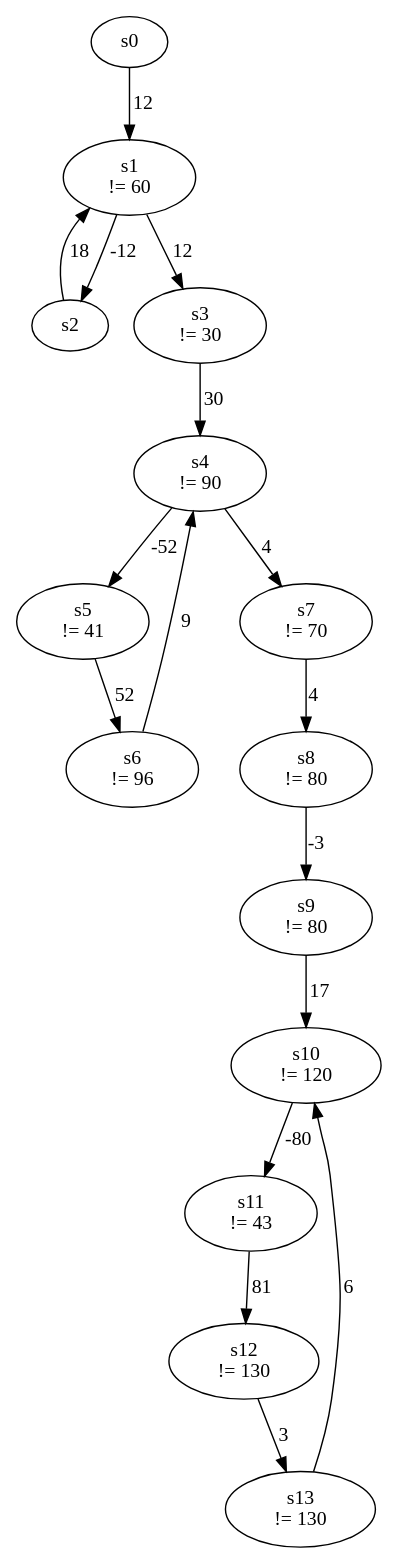
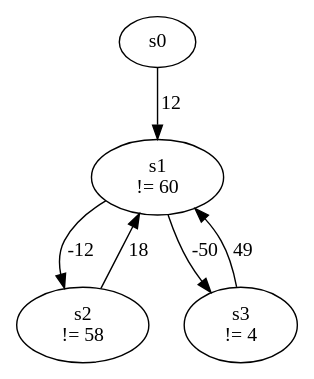
One commit to QuentinDeHaes/Unboundedness-for-1-VASS changed the diagram in dot.dot. Above: the diagram before and after it, drawn with Graphviz. The commit also changed 6 other files, not shown here.

```diff
--- a/dot.dot
+++ b/dot.dot
@@ -1,32 +1,11 @@
 digraph G {
   "s0"[label = " s0 "]
   "s1"[label = " s1 \n != 60 "]
     s0 -> s1 [label = 12]
-  "s2"[label = " s2 "]
+  "s2"[label = " s2 \n != 58 "]
     s1 -> s2 [label = -12]
-  "s3"[label = " s3 \n != 30 "]
-    s1 -> s3 [label = 12]
+  "s3"[label = " s3 \n != 4 "]
+    s1 -> s3 [label = -50]
     s2 -> s1 [label = 18]
-  "s4"[label = " s4 \n != 90 "]
-    s3 -> s4 [label = 30]
-  "s5"[label = " s5 \n != 41 "]
-    s4 -> s5 [label = -52]
-  "s7"[label = " s7 \n != 70 "]
-    s4 -> s7 [label = 4]
-  "s6"[label = " s6 \n != 96 "]
-    s5 -> s6 [label = 52]
-  "s8"[label = " s8 \n != 80 "]
-    s7 -> s8 [label = 4]
-    s6 -> s4 [label = 9]
-  "s9"[label = " s9 \n != 80 "]
-    s8 -> s9 [label = -3]
-  "s10"[label = " s10 \n != 120 "]
-    s9 -> s10 [label = 17]
-  "s11"[label = " s11 \n != 43 "]
-    s10 -> s11 [label = -80]
-  "s12"[label = " s12 \n != 130 "]
-    s11 -> s12 [label = 81]
-  "s13"[label = " s13 \n != 130 "]
-    s12 -> s13 [label = 3]
-    s13 -> s10 [label = 6]
+    s3 -> s1 [label = 49]
 }
```
